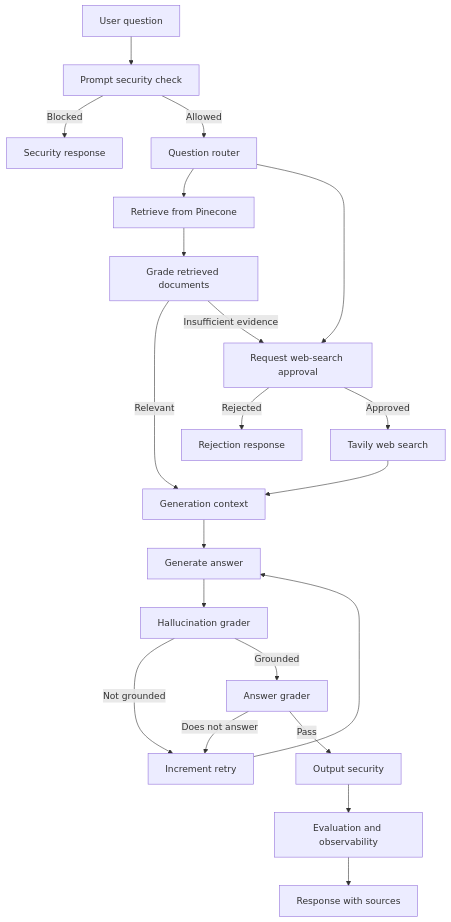
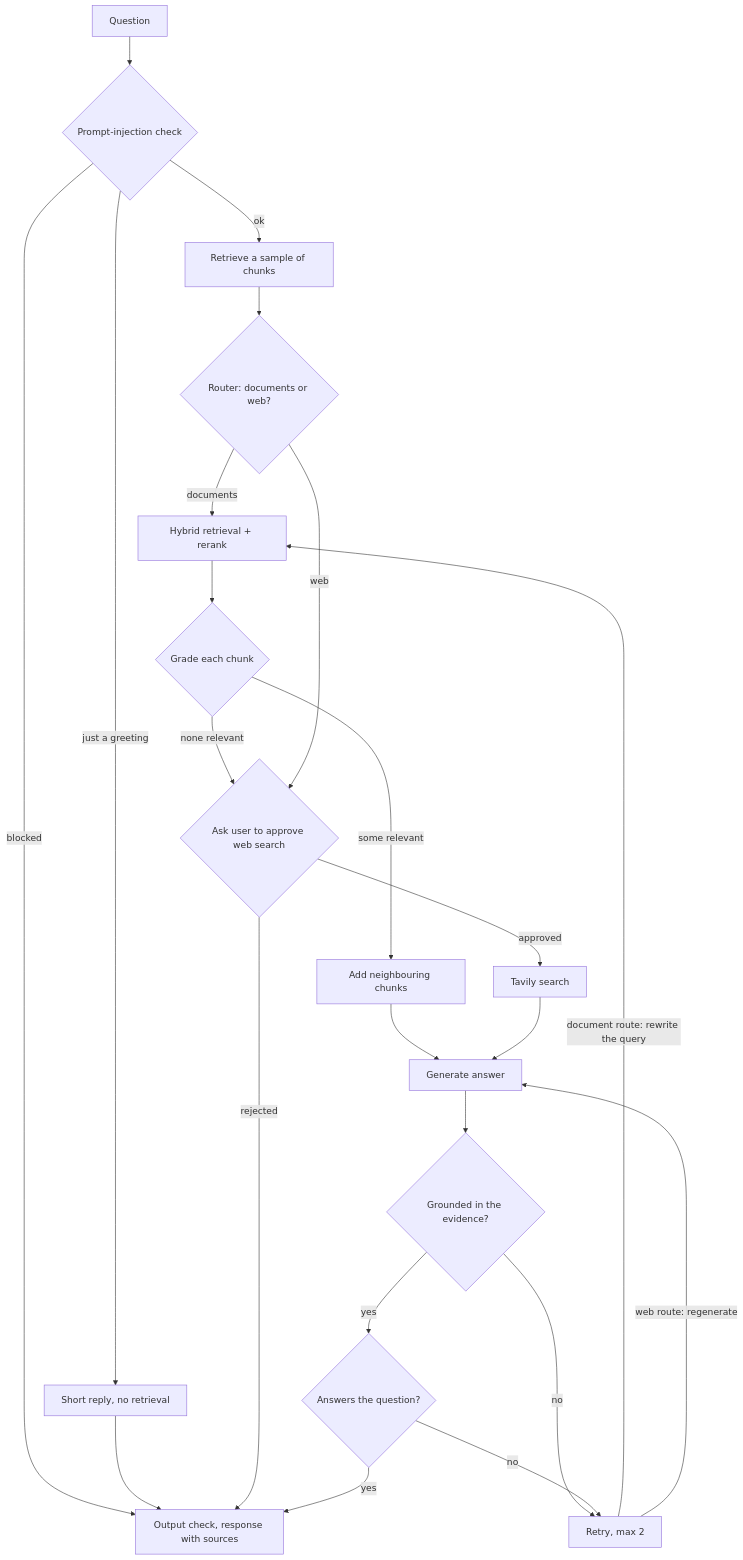
Before and after one commit to MeetJain05/agentic-rag: the diagram in README.md, drawn with Mermaid. The commit also changed other lines of this file and 9 other files, not shown here.

````diff
--- a/README.md
+++ b/README.md
@@ -34,23 +21,23 @@
 ```mermaid
 flowchart TD
-    Q[User question] --> S[Prompt security check]
-    S -->|Blocked| B[Security response]
-    S -->|Allowed| R[Question router]
-    R --> L[Retrieve from Pinecone]
-    R --> W[Request web-search approval]
-    W -->|Rejected| X[Rejection response]
-    W -->|Approved| T[Tavily web search]
-    L --> G[Grade retrieved documents]
-    G -->|Relevant| C[Generation context]
-    G -->|Insufficient evidence| W
-    T --> C
-    C --> A[Generate answer]
-    A --> H[Hallucination grader]
-    H -->|Not grounded| Retry[Increment retry]
-    Retry --> A
-    H -->|Grounded| V[Answer grader]
-    V -->|Does not answer| Retry
-    V -->|Pass| O[Output security]
-    O --> E[Evaluation and observability]
-    E --> F[Response with sources]
+    Q[Question] --> S{Prompt-injection check}
+    S -->|blocked| OUT
+    S -->|just a greeting| GR[Short reply, no retrieval] --> OUT
+    S -->|ok| RC[Retrieve a sample of chunks]
+    RC --> RT{Router: documents or web?}
+    RT -->|documents| RET[Hybrid retrieval + rerank]
+    RET --> GD{Grade each chunk}
+    GD -->|none relevant| APP
+    GD -->|some relevant| EXP[Add neighbouring chunks]
+    EXP --> GEN[Generate answer]
+    RT -->|web| APP{Ask user to approve web search}
+    APP -->|rejected| OUT
+    APP -->|approved| WEB[Tavily search] --> GEN
+    GEN --> HC{Grounded in the evidence?}
+    HC -->|yes| AG{Answers the question?}
+    HC -->|no| RETRY
+    AG -->|no| RETRY[Retry, max 2]
+    AG -->|yes| OUT[Output check, response with sources]
+    RETRY -->|document route: rewrite the query| RET
+    RETRY -->|web route: regenerate| GEN
 ```
````
